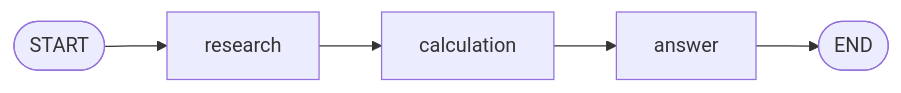
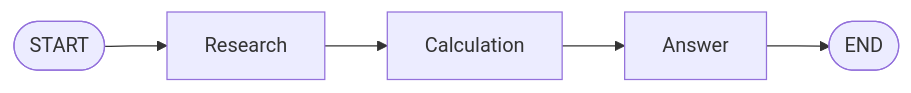
Before and after one commit to ykubota-dev/ai-agent-tutorial: the tenth of 15 diagrams in docs/08_multi_agent.md, drawn with Mermaid. The commit also changed other lines of this file and 1 other file, not shown here.

````diff
--- a/docs/08_multi_agent.md
+++ b/docs/08_multi_agent.md
@@ -786,17 +610,17 @@
 ```mermaid
 flowchart LR
     START(["START"])
 
-    RESEARCH["research"]
+    R["Research"]
 
-    CALC["calculation"]
+    C["Calculation"]
 
-    ANSWER["answer"]
+    A["Answer"]
 
     END(["END"])
 
-    START --> RESEARCH
-    RESEARCH --> CALC
-    CALC --> ANSWER
-    ANSWER --> END
+    START --> R
+    R --> C
+    C --> A
+    A --> END
 ```
````
